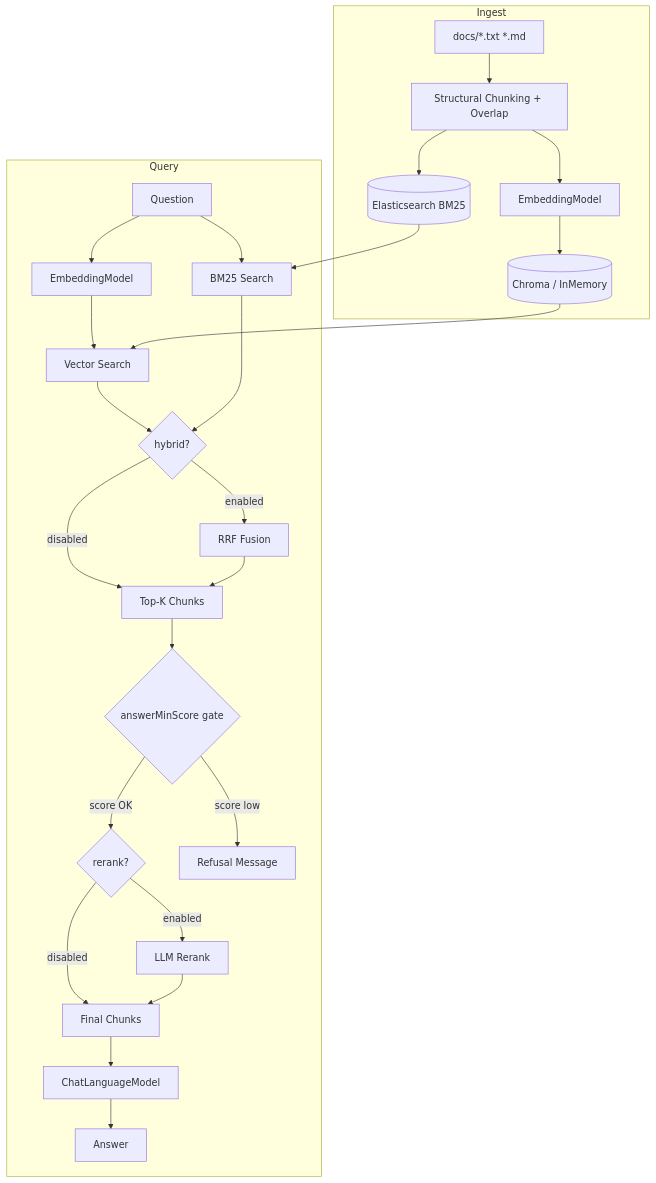
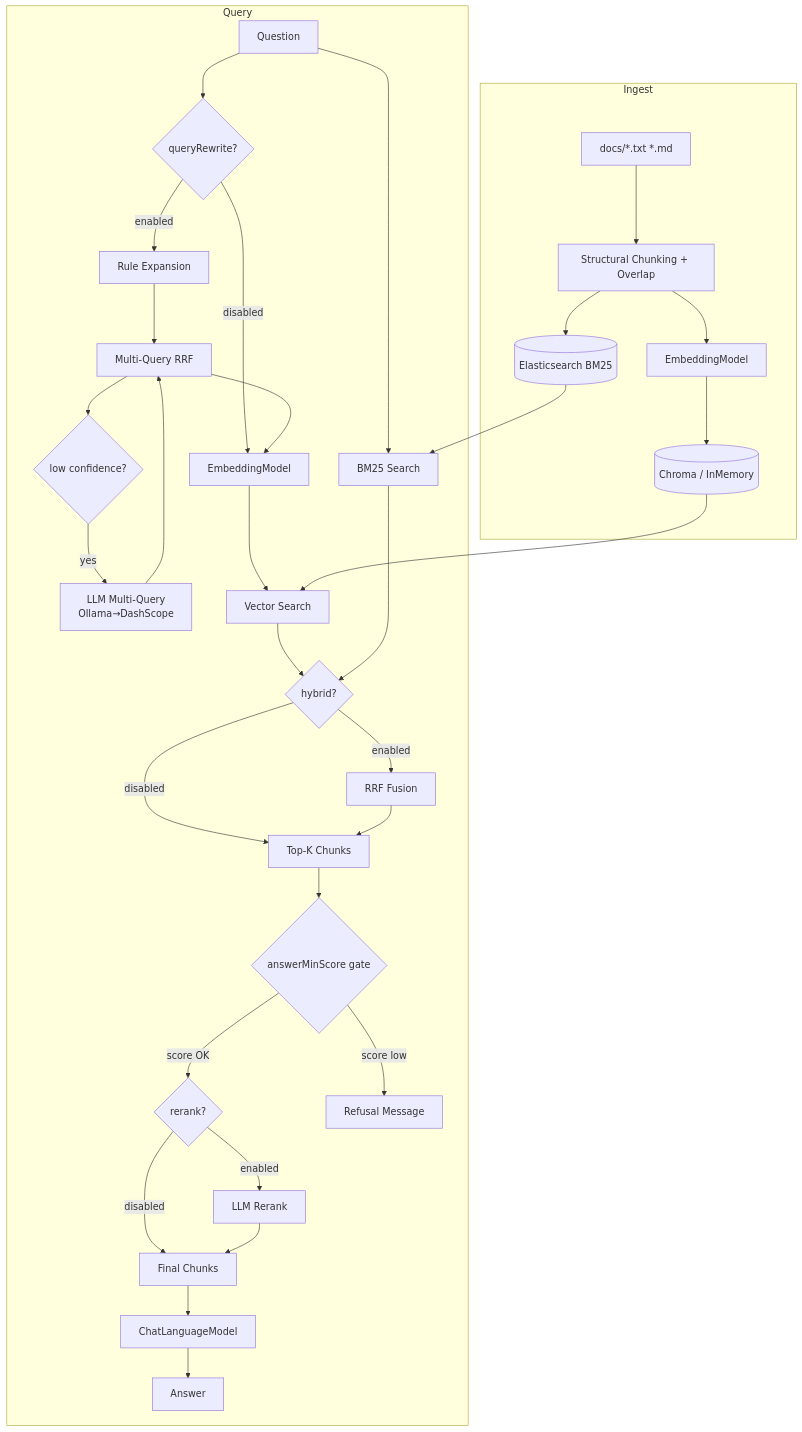
Before and after one commit to jiangnuo2205/langchain4j-springboot-test: the first of 2 diagrams in README.md, drawn with Mermaid. The commit also changed other lines of this file and 6 other files, not shown here.

````diff
--- a/README.md
+++ b/README.md
@@ -9,29 +9,36 @@
 ```mermaid
 graph TD
     subgraph Ingest
         A[docs/*.txt *.md] --> B[Structural Chunking + Overlap]
         B --> C[EmbeddingModel]
         C --> D[(Chroma / InMemory)]
         B --> E[(Elasticsearch BM25)]
     end
     subgraph Query
-        Q[Question] --> F[EmbeddingModel]
+        Q[Question] --> RW{queryRewrite?}
+        RW -- enabled --> RWR[Rule Expansion]
+        RWR --> RWRRF[Multi-Query RRF]
+        RWRRF --> LLM_T{low confidence?}
+        LLM_T -- yes --> LLM_RW[LLM Multi-Query\nOllama→DashScope]
+        LLM_RW --> RWRRF
+        RW -- disabled --> F[EmbeddingModel]
+        RWRRF --> F
         F --> G[Vector Search]
         D --> G
         Q --> H[BM25 Search]
         E --> H
         G --> I{hybrid?}
         H --> I
         I -- enabled --> J[RRF Fusion]
         I -- disabled --> K[Top-K Chunks]
         J --> K
         K --> L{answerMinScore gate}
         L -- score OK --> M{rerank?}
         L -- score low --> N[Refusal Message]
         M -- enabled --> O[LLM Rerank]
         M -- disabled --> P[Final Chunks]
         O --> P
         P --> R[ChatLanguageModel]
         R --> S[Answer]
     end
 ```
````
